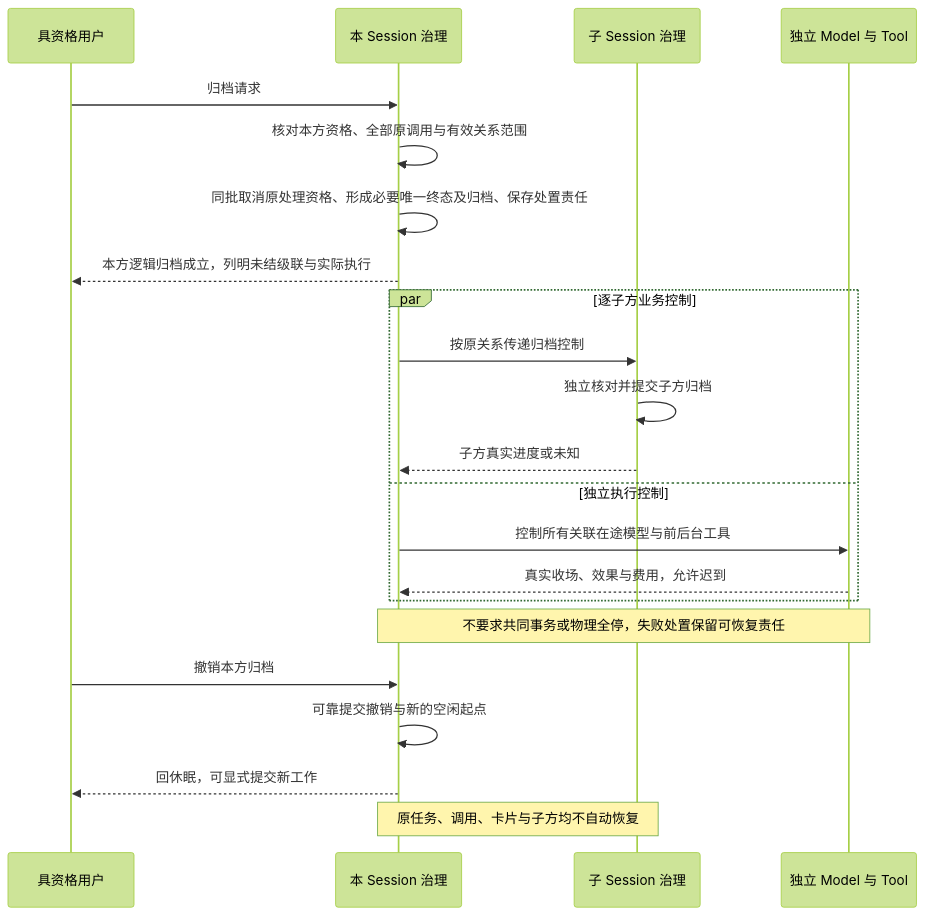
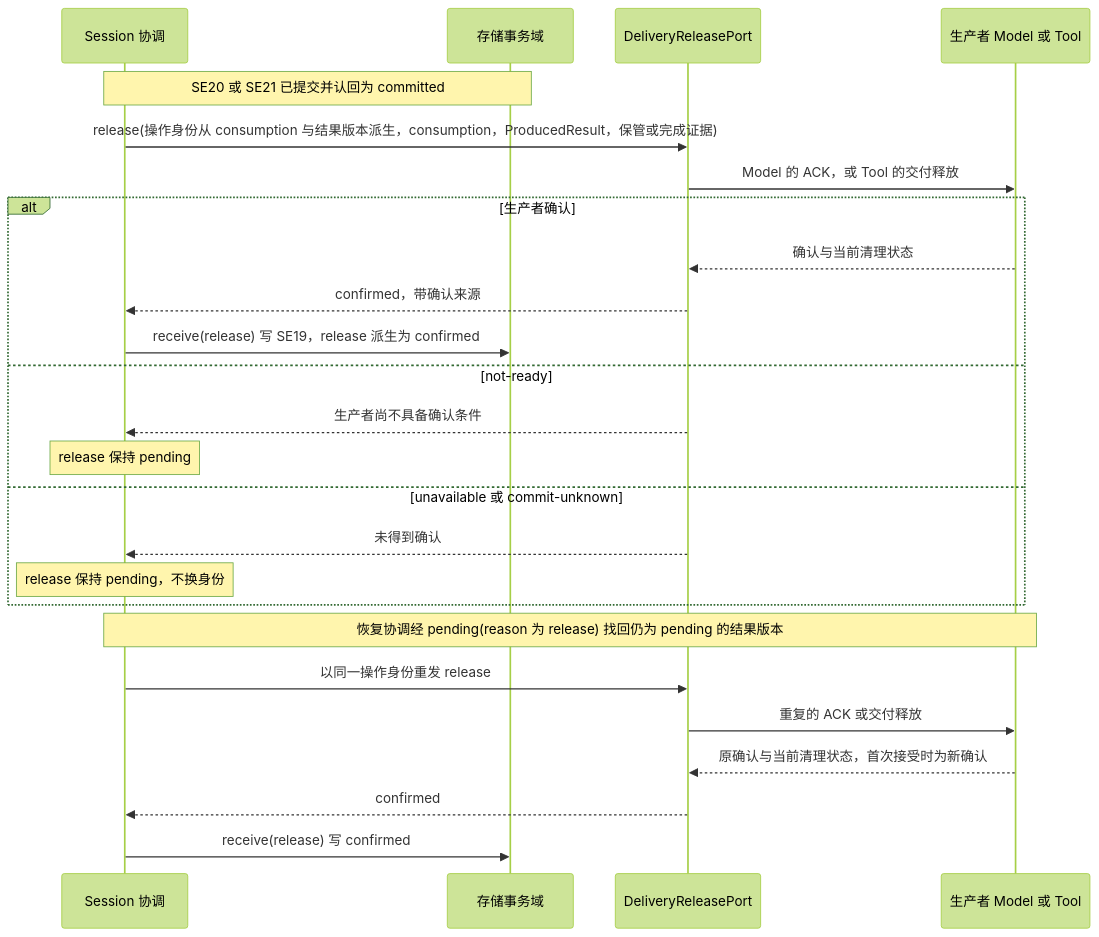
The sixth of 17 diagrams in packages/session/session-contract/docs/flows/scenarios.md (nemori-ai/omne-harness-lite), drawn with Mermaid (forest theme) before and after one commit. The commit also changed other lines of this file and 5 other files, not shown here.

````diff
--- a/packages/session/session-contract/docs/flows/scenarios.md
+++ b/packages/session/session-contract/docs/flows/scenarios.md
@@ -242,24 +266,27 @@
 ```mermaid
 sequenceDiagram
-    participant U as 具资格用户
-    participant S as 本 Session 治理
-    participant C as 子 Session 治理
-    participant P as 独立 Model 与 Tool
-    U->>S: 归档请求
-    S->>S: 核对本方资格、全部原调用与有效关系范围
-    S->>S: 同批取消原处理资格、形成必要唯一终态及归档、保存处置责任
-    S-->>U: 本方逻辑归档成立，列明未结级联与实际执行
-    par 逐子方业务控制
-        S->>C: 按原关系传递归档控制
-        C->>C: 独立核对并提交子方归档
-        C-->>S: 子方真实进度或未知
-    and 独立执行控制
-        S->>P: 控制所有关联在途模型与前后台工具
-        P-->>S: 真实收场、效果与费用，允许迟到
+    participant S as Session 协调
+    participant D as 存储事务域
+    participant R as DeliveryReleasePort
+    participant P as 生产者 Model 或 Tool
+    Note over S,D: SE20 或 SE21 已提交并认回为 committed
+    S->>R: release(操作身份从 consumption 与结果版本派生，consumption，ProducedResult，保管或完成证据)
+    R->>P: Model 的 ACK，或 Tool 的交付释放
+    alt 生产者确认
+        P-->>R: 确认与当前清理状态
+        R-->>S: confirmed，带确认来源
+        S->>D: receive(release) 写 SE19，release 派生为 confirmed
+    else not-ready
+        R-->>S: 生产者尚不具备确认条件
+        Note over S: release 保持 pending
+    else unavailable 或 commit-unknown
+        R-->>S: 未得到确认
+        Note over S: release 保持 pending，不换身份
     end
-    Note over S,P: 不要求共同事务或物理全停，失败处置保留可恢复责任
-    U->>S: 撤销本方归档
-    S->>S: 可靠提交撤销与新的空闲起点
-    S-->>U: 回休眠，可显式提交新工作
-    Note over S,C: 原任务、调用、卡片与子方均不自动恢复
+    Note over S,P: 恢复协调经 pending(reason 为 release) 找回仍为 pending 的结果版本
+    S->>R: 以同一操作身份重发 release
+    R->>P: 重复的 ACK 或交付释放
+    P-->>R: 原确认与当前清理状态，首次接受时为新确认
+    R-->>S: confirmed
+    S->>D: receive(release) 写 confirmed
 ```
````
